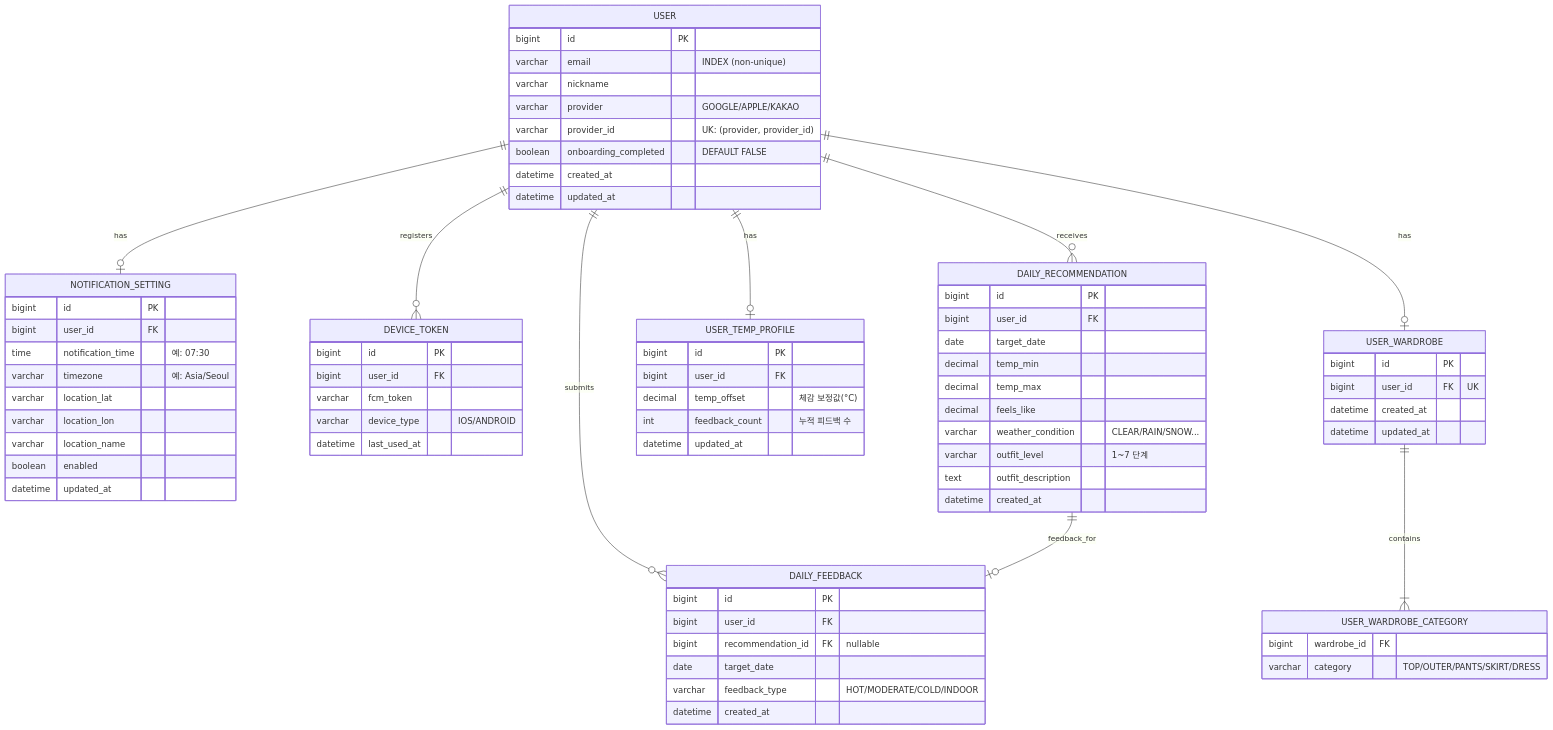
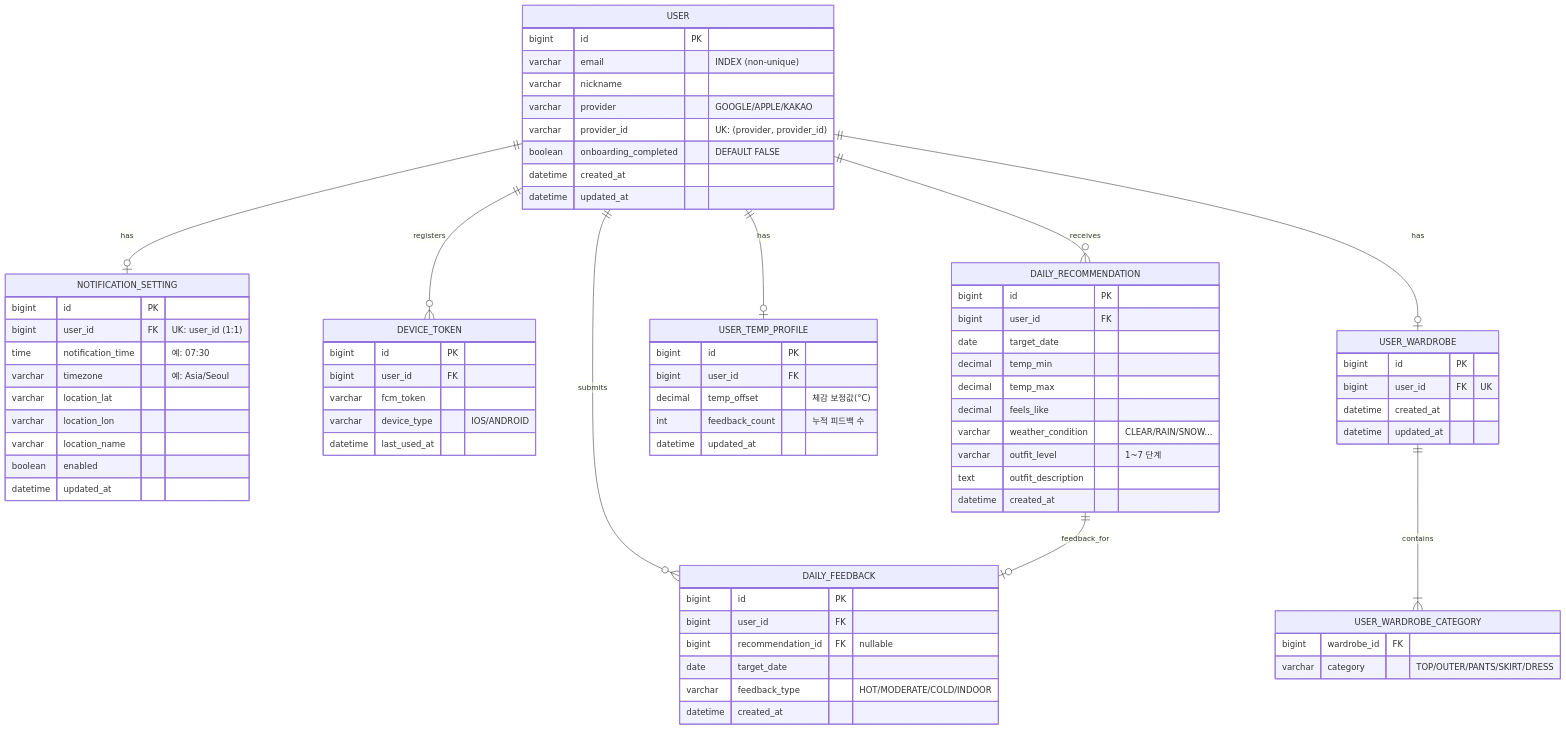
One commit to najang/OMO changed the diagram in docs/04-erd.md. Above: the diagram before and after it, drawn with Mermaid. The commit also changed other lines of this file and 7 other files, not shown here.

```diff
--- a/docs/04-erd.md
+++ b/docs/04-erd.md
@@ -24,7 +24,7 @@
 
     NOTIFICATION_SETTING {
         bigint id PK
-        bigint user_id FK
+        bigint user_id FK "UK: user_id (1:1)"
         time notification_time "예: 07:30"
         varchar timezone "예: Asia/Seoul"
         varchar location_lat
```
